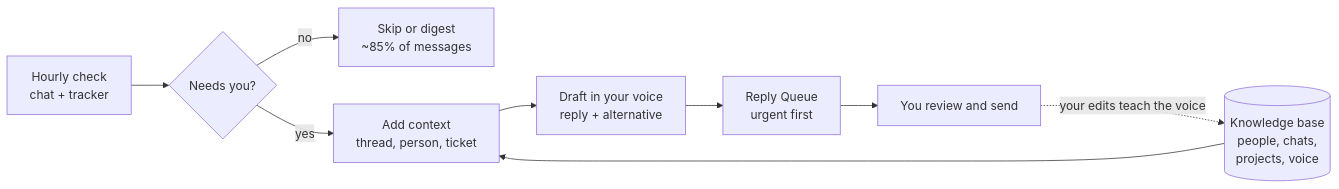
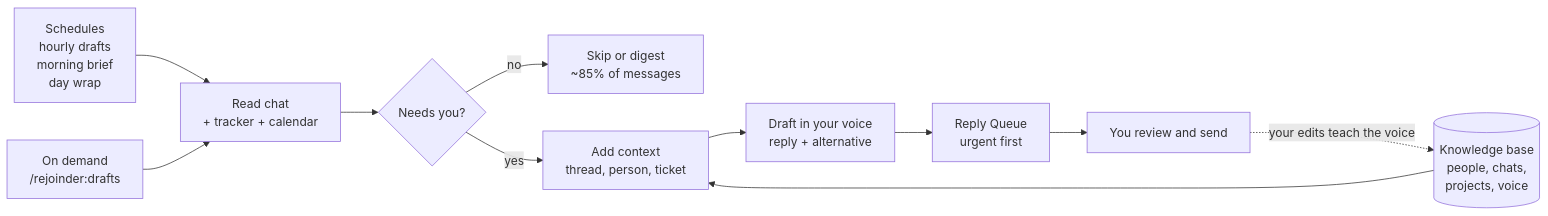
One commit to Zeeshan138063/rejoinder changed the diagram in README.md. Above: the diagram before and after it, drawn with Mermaid. The commit also changed other lines of this file and 20 other files, not shown here.

````diff
--- a/README.md
+++ b/README.md
@@ -9,11 +13,13 @@
 ```mermaid
 flowchart LR
-    A[Hourly check<br/>chat + tracker] --> B{Needs you?}
+    S[Schedules<br/>hourly drafts<br/>morning brief<br/>day wrap] --> A[Read chat<br/>+ tracker + calendar]
+    O[On demand<br/>/rejoinder:drafts] --> A
+    A --> B{Needs you?}
     B -- no --> C[Skip or digest<br/>~85% of messages]
     B -- yes --> D[Add context<br/>thread, person, ticket]
     K[(Knowledge base<br/>people, chats,<br/>projects, voice)] --> D
     D --> E[Draft in your voice<br/>reply + alternative]
     E --> F[Reply Queue<br/>urgent first]
     F --> G[You review and send]
     G -. your edits teach the voice .-> K
 ```
````
